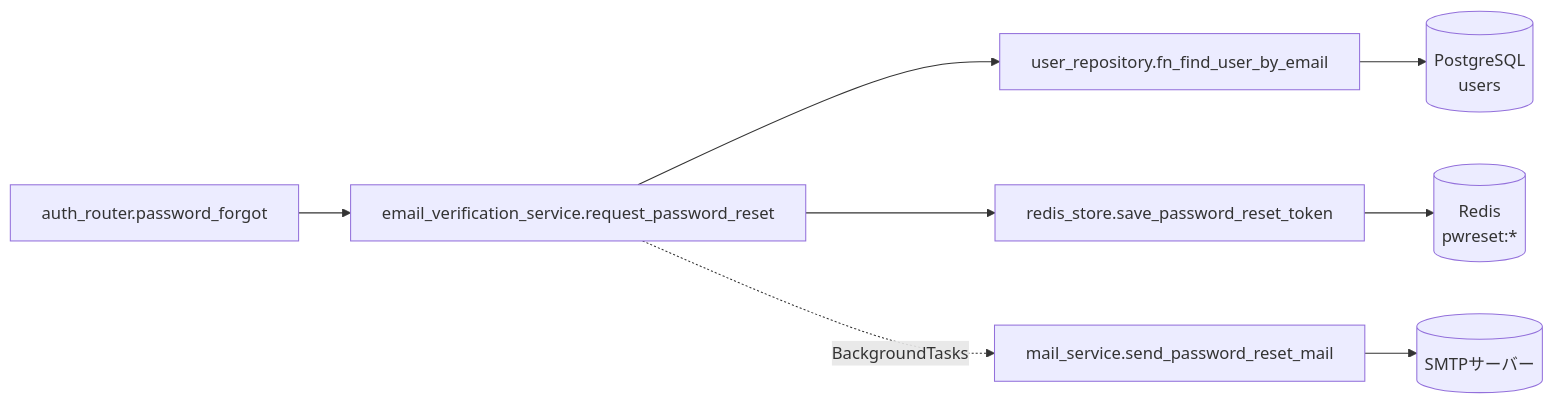
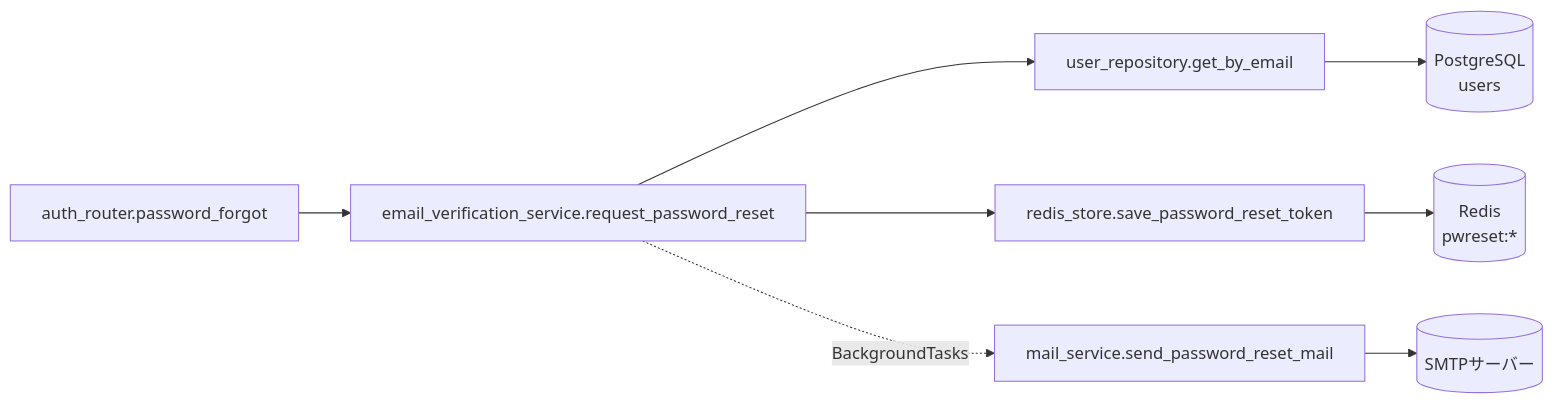
Before and after one commit to oikawa-d/task_management: the third of 4 diagrams in docs/detailed_design/api/auth/09_post_auth_password_forgot.md, drawn with Mermaid. The commit also changed other lines of this file and 6 other files, not shown here.

````diff
--- a/docs/detailed_design/api/auth/09_post_auth_password_forgot.md
+++ b/docs/detailed_design/api/auth/09_post_auth_password_forgot.md
@@ -183,10 +183,10 @@
 ```mermaid
 flowchart LR
     R["auth_router.password_forgot"] --> S["email_verification_service.request_password_reset"]
-    S --> UR["user_repository.fn_find_user_by_email"]
+    S --> UR["user_repository.get_by_email"]
     S --> RD["redis_store.save_password_reset_token"]
     S -.->|"BackgroundTasks"| MS["mail_service.send_password_reset_mail"]
     UR --> PG[("PostgreSQL<br/>users")]
     RD --> REDIS[("Redis<br/>pwreset:*")]
     MS --> SMTP[("SMTPサーバー")]
 ```
````
